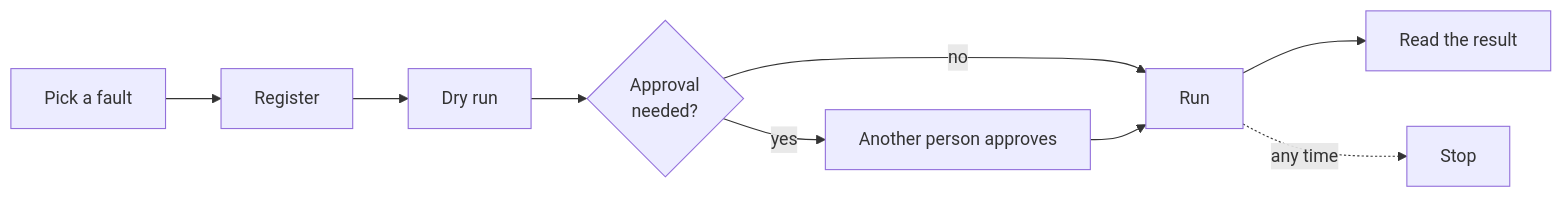
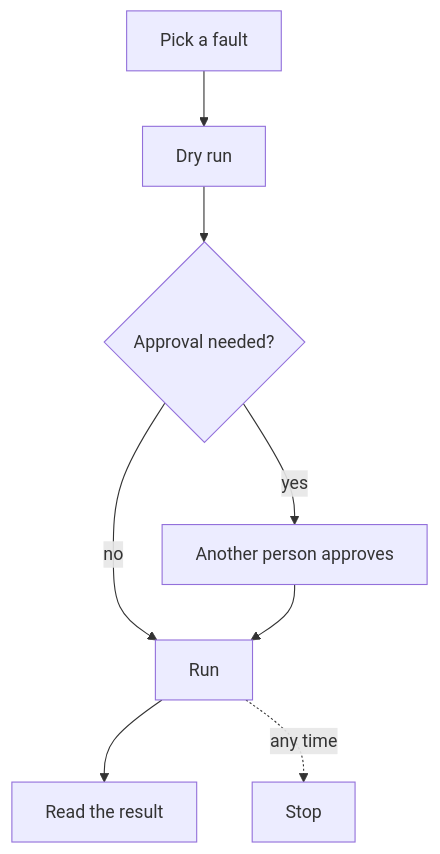
The diagram in docs/guides/platform-walkthrough.md (mwigge/tumult), drawn with Mermaid before and after one commit. The commit also changed other lines of this file and 10 other files, not shown here.

````diff
--- a/docs/guides/platform-walkthrough.md
+++ b/docs/guides/platform-walkthrough.md
@@ -101,13 +77,12 @@
 ```mermaid
-flowchart LR
+flowchart TD
     accTitle: A governed run
-    accDescr: Pick a fault, register the experiment, do a dry run, wait for approval if the risk tier needs it, run, and read the result. A run can be stopped at any time.
-    pick[Pick a fault] --> register[Register]
-    register --> dry[Dry run]
-    dry --> approve{Approval<br>needed?}
+    accDescr: Pick a fault, do a dry run, wait for approval if the risk tier needs it, run, and read the result. A run can be stopped at any time.
+    pick[Pick a fault] --> dry[Dry run]
+    dry --> approve{Approval needed?}
     approve -->|yes| wait[Another person approves]
     approve -->|no| run[Run]
     wait --> run
     run --> result[Read the result]
     run -.->|any time| stop[Stop]
 ```
````
